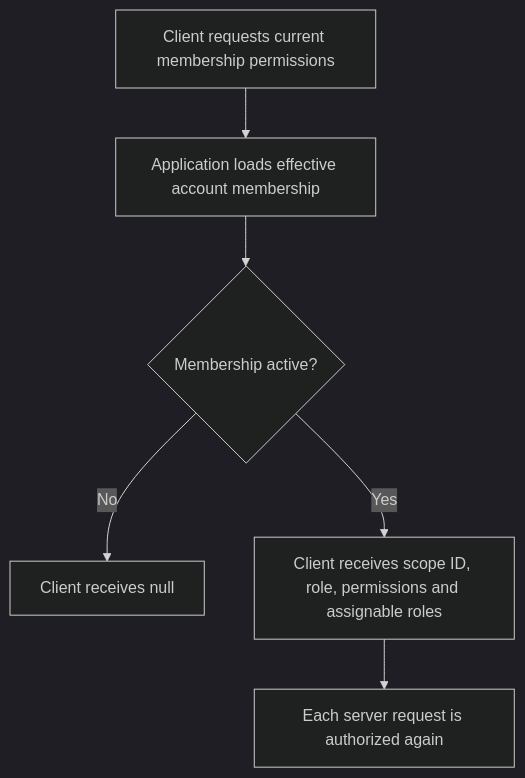
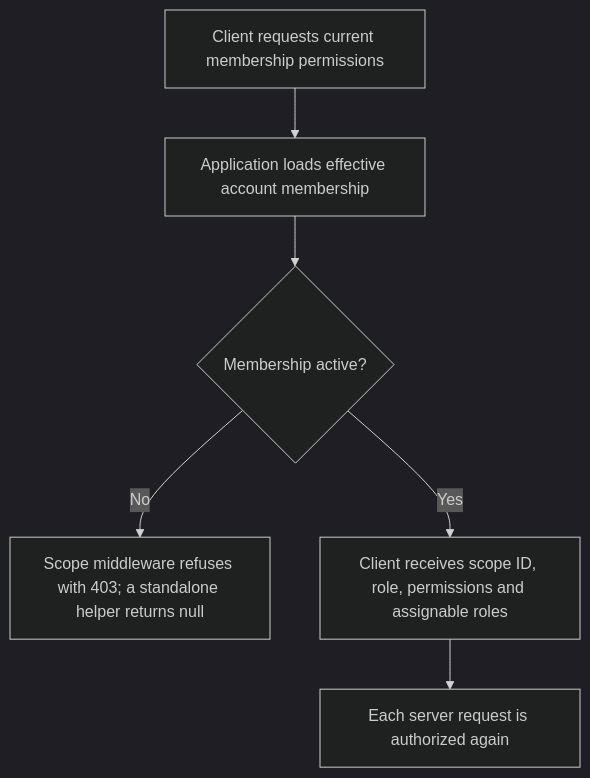
One commit to Kevinjohn/oss-adonisjs-access-control changed the first of 2 diagrams in user-stories/US-ACCESS-12-share-client-permissions.md. Above: the diagram before and after it, drawn with Mermaid (dark theme). The commit also changed other lines of this file and 64 other files, not shown here.

````diff
--- a/user-stories/US-ACCESS-12-share-client-permissions.md
+++ b/user-stories/US-ACCESS-12-share-client-permissions.md
@@ -20,8 +21,8 @@
 ```mermaid
 flowchart TD
     A["Client requests current membership permissions"] --> B["Application loads effective account membership"]
     B --> C{"Membership active?"}
-    C -->|No| D["Client receives null"]
+    C -->|No| D["Scope middleware refuses with 403; a standalone helper returns null"]
     C -->|Yes| E["Client receives scope ID, role, permissions and assignable roles"]
     E --> F["Each server request is authorized again"]
 ```
````
